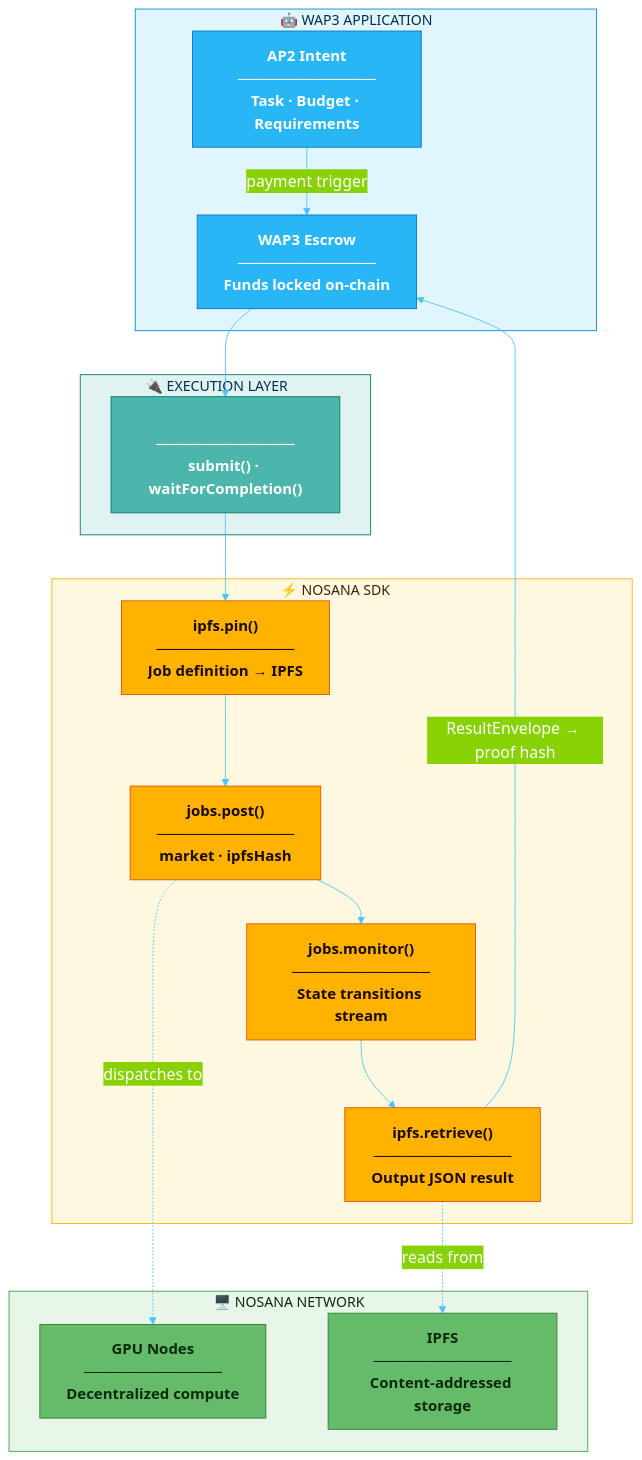
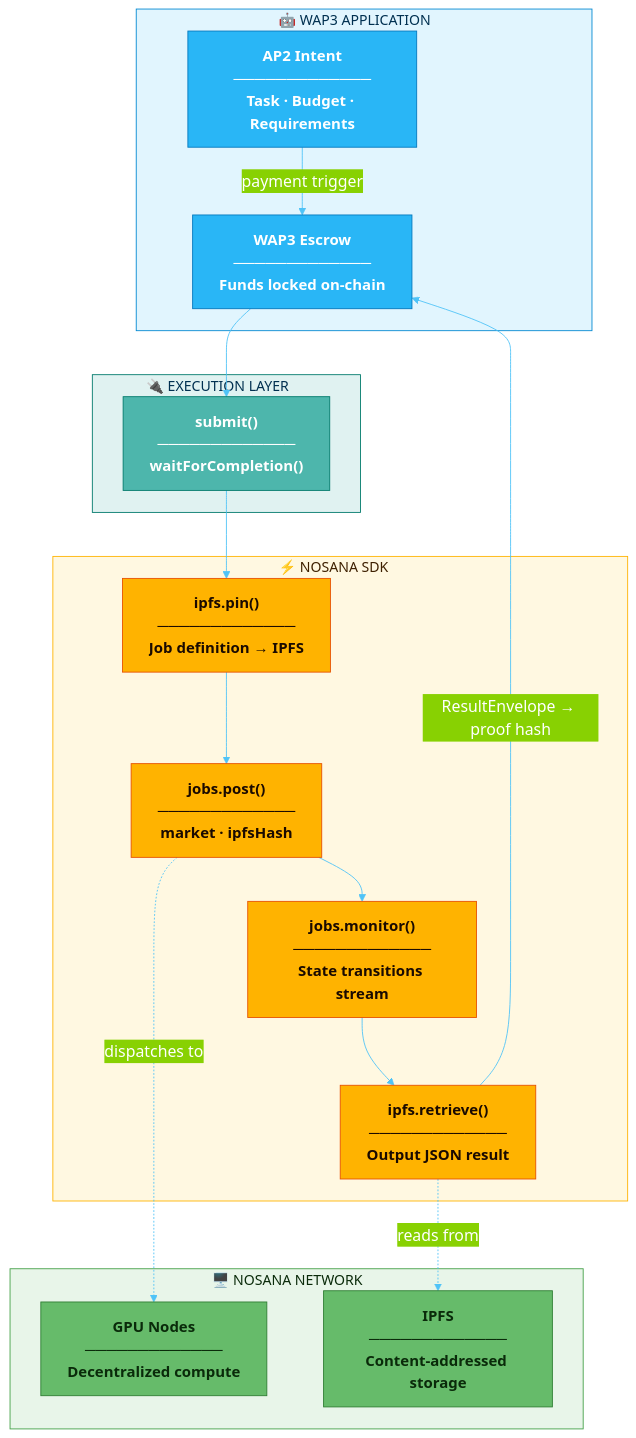
One commit to nelsonjingusc/wap3-agent-payment-poc changed the second of 3 diagrams in docs/NOSANA_INTEGRATION.md. Above: the diagram before and after it, drawn with Mermaid.

Commit message:
update diagram

````diff
--- a/docs/NOSANA_INTEGRATION.md
+++ b/docs/NOSANA_INTEGRATION.md
@@ -77,56 +77,56 @@
 ```mermaid
 %%{init: {
   "theme": "base",
   "themeVariables": {
     "primaryColor": "#0288D1",
     "primaryTextColor": "#FFFFFF",
     "primaryBorderColor": "#01579B",
     "lineColor": "#4FC3F7",
     "fontFamily": "Inter, system-ui, sans-serif",
     "fontSize": "18px"
   }
 }}%%
 flowchart TB
     subgraph APP["🤖  WAP3 APPLICATION"]
         A1["AP2 Intent<br/>─────────────<br/>Task · Budget · Requirements"]
         A2["WAP3 Escrow<br/>─────────────<br/>Funds locked on-chain"]
         A1 -->|"payment trigger"| A2
     end
 
     subgraph EXEC["🔌  EXECUTION LAYER"]
-        I["<br/>─────────────<br/>submit() · waitForCompletion()"]
+        I["submit() <br/>─────────────<br/> waitForCompletion()"]
     end
 
     subgraph NOS["⚡ NOSANA SDK"]
         N1["ipfs.pin()<br/>─────────────<br/>Job definition → IPFS"]
         N2["jobs.post()<br/>─────────────<br/>market · ipfsHash"]
         N3["jobs.monitor()<br/>─────────────<br/>State transitions stream"]
         N4["ipfs.retrieve()<br/>─────────────<br/>Output JSON result"]
         N1 --> N2 --> N3 --> N4
     end
 
     subgraph NET["🖥️  NOSANA NETWORK"]
         G["GPU Nodes<br/>─────────────<br/>Decentralized compute"]
         H["IPFS<br/>─────────────<br/>Content-addressed storage"]
     end
 
     A2 --> I --> N1
     N4 -->|"ResultEnvelope → proof hash"| A2
     N2 -.->|"dispatches to"| G
     N4 -.->|"reads from"| H
 
     classDef appNode fill:#29B6F6,stroke:#0277BD,color:#FFFFFF,font-size:17px,font-weight:bold
     classDef ifaceNode fill:#4DB6AC,stroke:#00796B,color:#FFFFFF,font-size:17px,font-weight:bold
     classDef nosNode fill:#FFB300,stroke:#E65100,color:#1A0A00,font-size:17px,font-weight:bold
     classDef netNode fill:#66BB6A,stroke:#2E7D32,color:#0A2A0A,font-size:17px,font-weight:bold
 
     class A1,A2 appNode
     class I ifaceNode
     class N1,N2,N3,N4 nosNode
     class G,H netNode
 
     style APP fill:#E1F5FE,stroke:#0288D1,color:#003050,font-size:16px
     style EXEC fill:#E0F2F1,stroke:#00796B,color:#003050,font-size:16px
     style NOS fill:#FFF8E1,stroke:#FFB300,color:#3E2000,font-size:16px
     style NET fill:#E8F5E9,stroke:#43A047,color:#0A2A0A,font-size:16px
 ```
````
